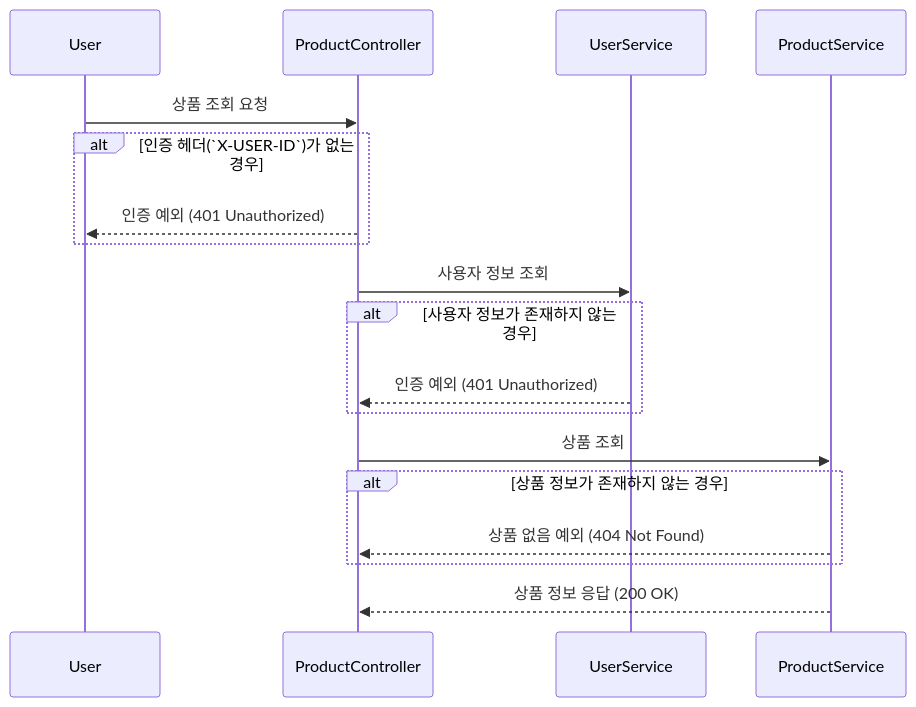
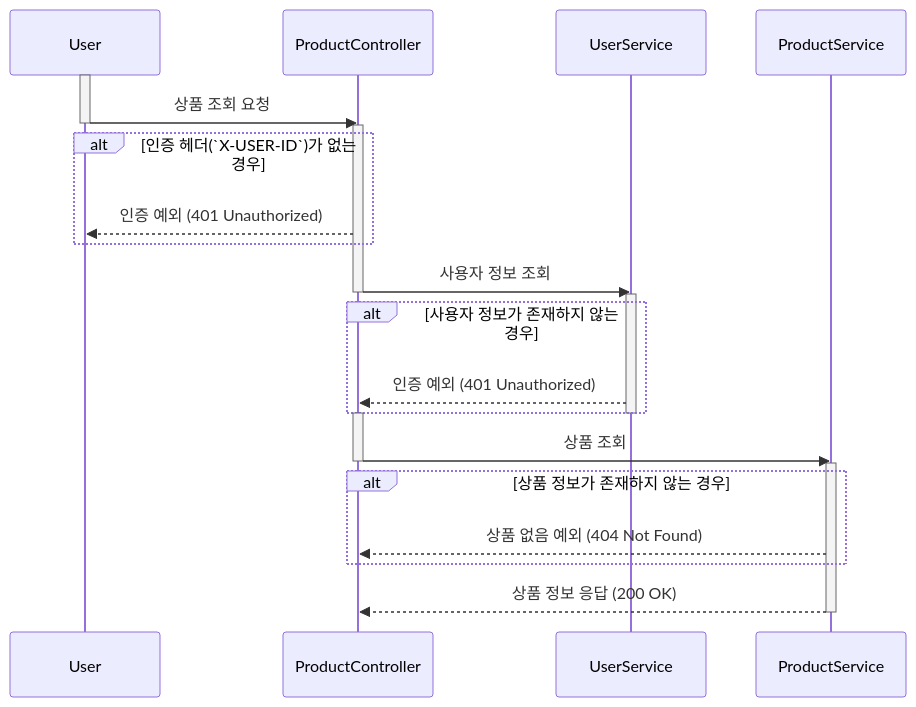
One commit to kiekk/gamsung-commerce changed the second of 3 diagrams in docs/design/02-sequence-diagrams/product.md. Above: the diagram before and after it, drawn with Mermaid. The commit also changed other lines of this file and 5 other files, not shown here.

First line of the commit message:
docs: 시퀀스 다이어그램 activate bar 추가

````diff
--- a/docs/design/02-sequence-diagrams/product.md
+++ b/docs/design/02-sequence-diagrams/product.md
@@ -28,20 +38,31 @@
 ```mermaid
 sequenceDiagram
     participant User
     participant ProductController
     participant UserService
     participant ProductService
+    activate User
     User ->> ProductController: 상품 조회 요청
+    deactivate User
+    activate ProductController
     alt 인증 헤더(`X-USER-ID`)가 없는 경우
         ProductController -->> User: 인증 예외 (401 Unauthorized)
     end
+
     ProductController ->> UserService: 사용자 정보 조회
+    deactivate ProductController
+    activate UserService
     alt 사용자 정보가 존재하지 않는 경우
         UserService -->> ProductController: 인증 예외 (401 Unauthorized)
     end
+    deactivate UserService
+    activate ProductController
     ProductController ->> ProductService: 상품 조회
+    deactivate ProductController
+    activate ProductService
     alt 상품 정보가 존재하지 않는 경우
         ProductService -->> ProductController: 상품 없음 예외 (404 Not Found)
     end
     ProductService -->> ProductController: 상품 정보 응답 (200 OK)
+    deactivate ProductService
 ```
````
